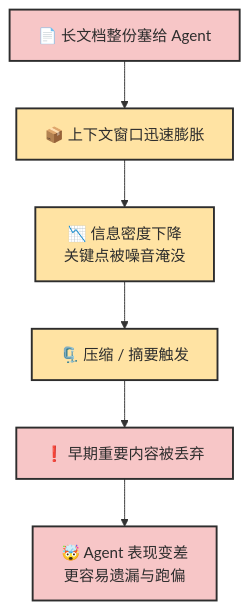
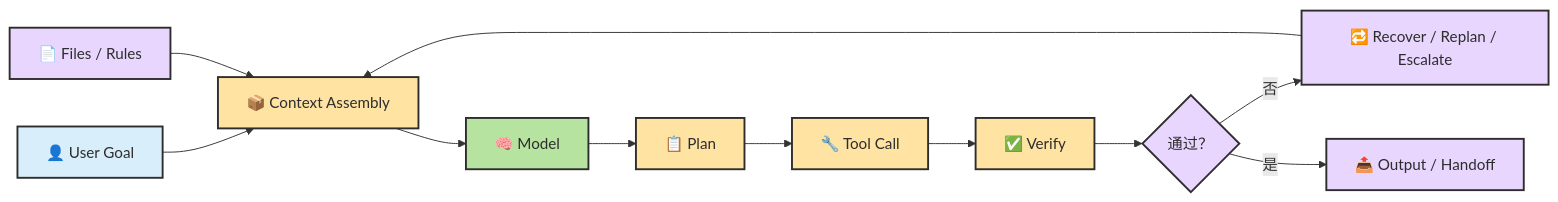
Diagram 17 of 19 in docs/chapters/ch02-concepts.md (zht043/AgenticCodingTutorial), drawn with Mermaid before and after one commit. The commit also changed other lines of this file, not shown here.

````diff
--- a/docs/chapters/ch02-concepts.md
+++ b/docs/chapters/ch02-concepts.md
@@ -1472,14 +807,18 @@
 ```mermaid
-flowchart TB
-    classDef risk fill:#f7c6c7,stroke:#2d2d2d,stroke-width:2px,color:#2d2d2d
-    classDef process fill:#ffe3a3,stroke:#2d2d2d,stroke-width:2px,color:#2d2d2d
+flowchart LR
+    classDef user fill:#d8eefb,stroke:#2d2d2d,stroke-width:2px,color:#2d2d2d
+    classDef ctrl fill:#ffe3a3,stroke:#2d2d2d,stroke-width:2px,color:#2d2d2d
+    classDef llm fill:#b7e3a1,stroke:#2d2d2d,stroke-width:2px,color:#2d2d2d
+    classDef obs fill:#e8d6ff,stroke:#2d2d2d,stroke-width:2px,color:#2d2d2d
 
-    A["📄 长文档整份塞给 Agent"]:::risk
-    B["📦 上下文窗口迅速膨胀"]:::process
-    C["📉 信息密度下降<br/>关键点被噪音淹没"]:::process
-    D["🗜️ 压缩 / 摘要触发"]:::process
-    E["❗ 早期重要内容被丢弃"]:::risk
-    F["🤯 Agent 表现变差<br/>更容易遗漏与跑偏"]:::risk
-
-    A --> B --> C --> D --> E --> F
+    U["👤 User Goal"]:::user --> A["📦 Context Assembly"]:::ctrl
+    F["📄 Files / Rules"]:::obs --> A
+    A --> M["🧠 Model"]:::llm
+    M --> P["📋 Plan"]:::ctrl
+    P --> T["🔧 Tool Call"]:::ctrl
+    T --> V["✅ Verify"]:::ctrl
+    V --> D{"通过？"}:::obs
+    D -- "否" --> R["🔁 Recover / Replan / Escalate"]:::obs
+    R --> A
+    D -- "是" --> O["📤 Output / Handoff"]:::obs
 ```
````
